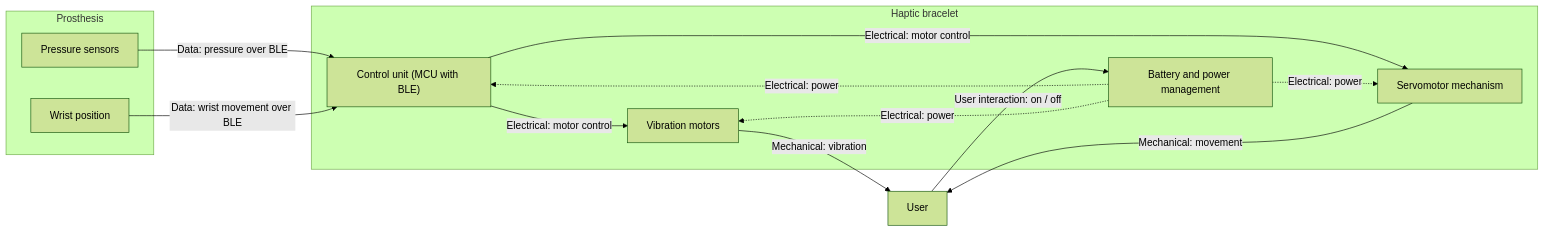
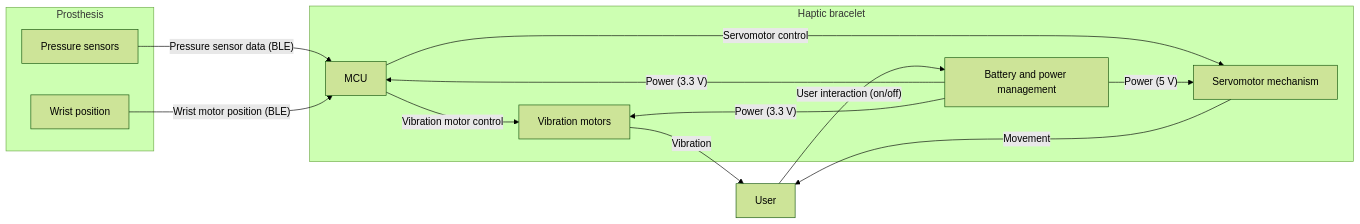
The diagram in SDR/DSD_Haptics-01.md (N-Pulse/Haptics-2026), drawn with Mermaid (forest theme) before and after one commit. The commit also changed other lines of this file, not shown here.

````diff
--- a/SDR/DSD_Haptics-01.md
+++ b/SDR/DSD_Haptics-01.md
@@ -170,28 +162,28 @@
 ```mermaid
 flowchart LR
     subgraph PROS["Prosthesis"]
         S["Pressure sensors"]
         W["Wrist position"]
     end
 
     subgraph BRC["Haptic bracelet"]
-        MCU["Control unit (MCU with BLE)"]
+        MCU["MCU"]
         VIB["Vibration motors"]
         SRV["Servomotor mechanism"]
         PWR["Battery and power management"]
     end
 
     USER["User"]
 
-    S -->|"Data: pressure over BLE"| MCU
-    W -->|"Data: wrist movement over BLE"| MCU
-    MCU -->|"Electrical: motor control"| VIB
-    MCU -->|"Electrical: motor control"| SRV
-    VIB -->|"Mechanical: vibration"| USER
-    SRV -->|"Mechanical: movement"| USER
-    PWR -.->|"Electrical: power"| MCU
-    PWR -.->|"Electrical: power"| VIB
-    PWR -.->|"Electrical: power"| SRV
-    USER -->|"User interaction: on / off"| PWR
+    S -->|"Pressure sensor data (BLE)"| MCU
+    W -->|"Wrist motor position (BLE)"| MCU
+    MCU -->|"Vibration motor control"| VIB
+    MCU -->|"Servomotor control"| SRV
+    VIB -->|"Vibration"| USER
+    SRV -->|"Movement"| USER
+    PWR -->|"Power (3.3 V)"| MCU
+    PWR -->|"Power (3.3 V)"| VIB
+    PWR -->|"Power (5 V)"| SRV
+    USER -->|"User interaction (on/off)"| PWR
 
 ```
````
